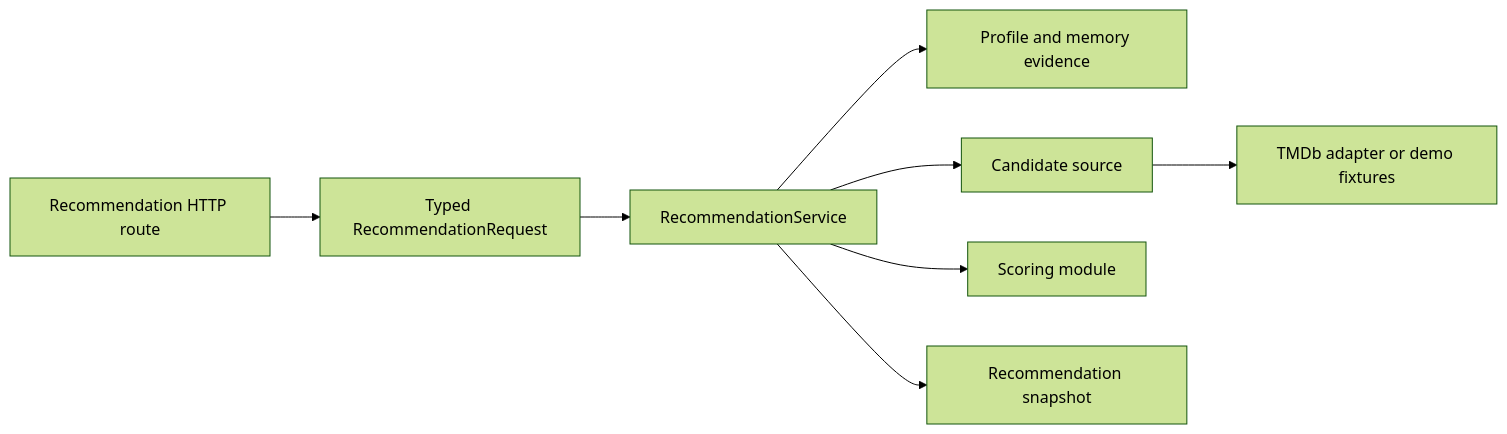
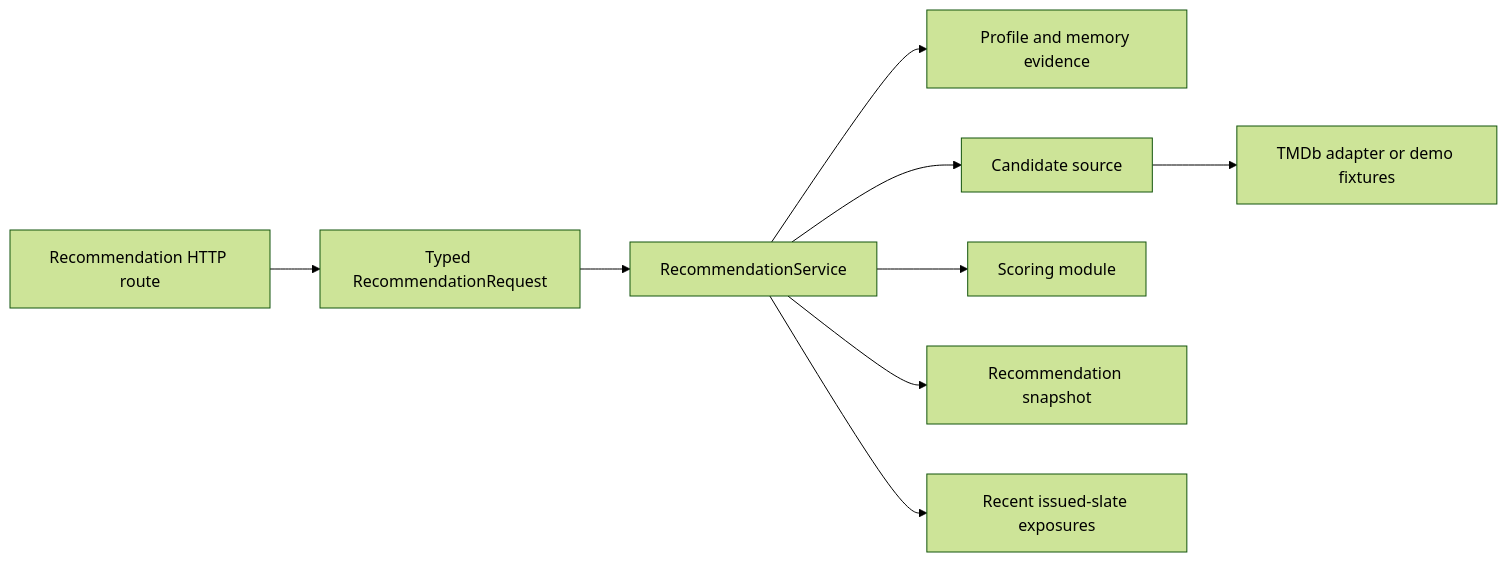
Before and after one commit to czzzry/watchsignal: the fifth of 8 diagrams in docs/architecture-overview.md, drawn with Mermaid (forest theme). The commit also changed other lines of this file and 12 other files, not shown here.

````diff
--- a/docs/architecture-overview.md
+++ b/docs/architecture-overview.md
@@ -78,10 +78,11 @@
 ```mermaid
 flowchart LR
     A["Recommendation HTTP route"] --> B["Typed RecommendationRequest"]
     B --> C["RecommendationService"]
     C --> D["Profile and memory evidence"]
     C --> E["Candidate source"]
     C --> F["Scoring module"]
     C --> G["Recommendation snapshot"]
+    C --> I["Recent issued-slate exposures"]
     E --> H["TMDb adapter or demo fixtures"]
 ```
````
